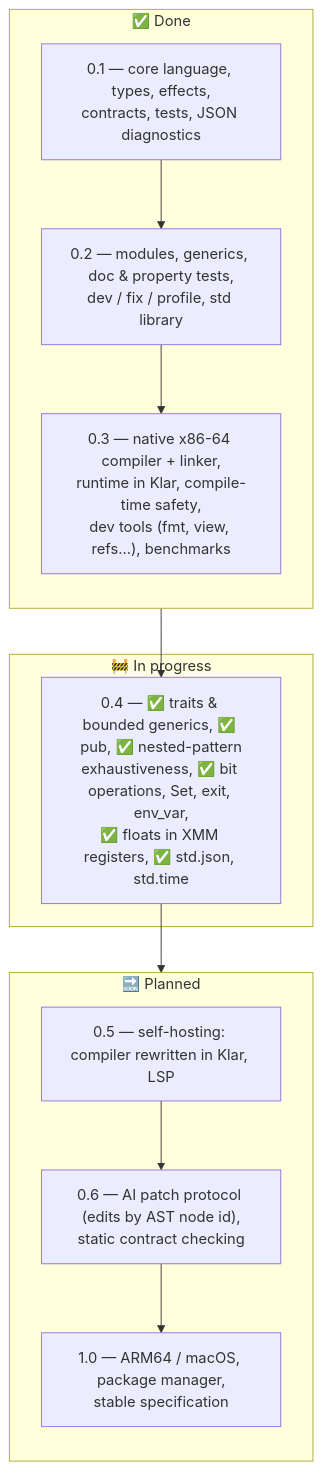
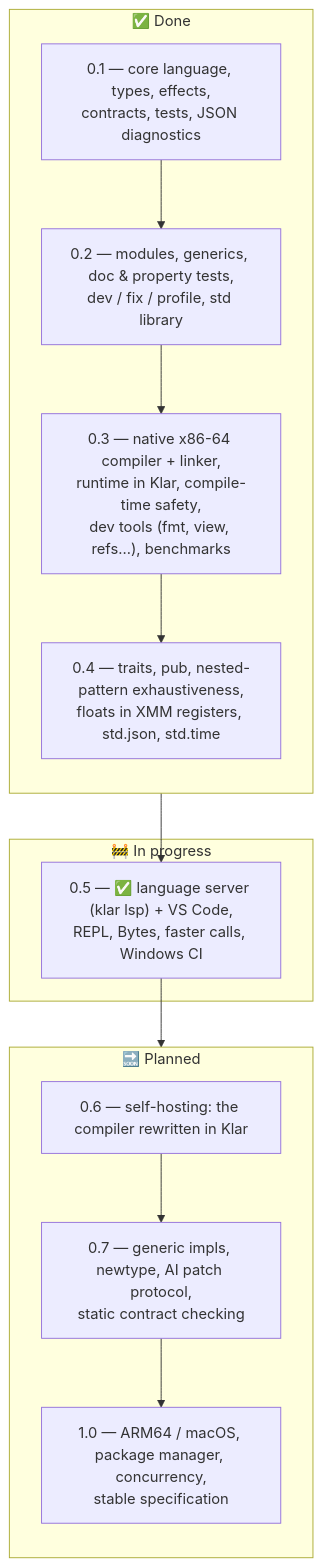
One commit to veosett/Klar changed the second of 2 diagrams in README.md. Above: the diagram before and after it, drawn with Mermaid. The commit also changed other lines of this file and 19 other files, not shown here.

First line of the commit message:
Add the language server (klar lsp) and connect it to VS Code

````diff
--- a/README.md
+++ b/README.md
@@ -156,21 +156,22 @@
 ```mermaid
 flowchart TB
     subgraph done["✅ Done"]
         direction TB
         v01["0.1 — core language, types, effects,<br/>contracts, tests, JSON diagnostics"]
         v02["0.2 — modules, generics, doc &amp; property tests,<br/>dev / fix / profile, std library"]
         v03["0.3 — native x86-64 compiler + linker,<br/>runtime in Klar, compile-time safety,<br/>dev tools (fmt, view, refs…), benchmarks"]
-        v01 --> v02 --> v03
+        v04["0.4 — traits, pub, nested-pattern exhaustiveness,<br/>floats in XMM registers, std.json, std.time"]
+        v01 --> v02 --> v03 --> v04
     end
     subgraph now["🚧 In progress"]
-        v04["0.4 — ✅ traits &amp; bounded generics, ✅ pub, ✅ nested-pattern<br/>exhaustiveness, ✅ bit operations, Set, exit, env_var,<br/>✅ floats in XMM registers, ✅ std.json, std.time"]
+        v05["0.5 — ✅ language server (klar lsp) + VS Code,<br/>REPL, Bytes, faster calls, Windows CI"]
     end
     subgraph next["🔜 Planned"]
         direction TB
-        v05["0.5 — self-hosting: compiler rewritten in Klar, LSP"]
-        v06["0.6 — AI patch protocol (edits by AST node id),<br/>static contract checking"]
-        v10["1.0 — ARM64 / macOS, package manager,<br/>stable specification"]
-        v05 --> v06 --> v10
+        v06["0.6 — self-hosting: the compiler rewritten in Klar"]
+        v07["0.7 — generic impls, newtype, AI patch protocol,<br/>static contract checking"]
+        v10["1.0 — ARM64 / macOS, package manager, concurrency,<br/>stable specification"]
+        v06 --> v07 --> v10
     end
-    v03 --> v04 --> v05
+    v04 --> v05 --> v06
 ```
````
